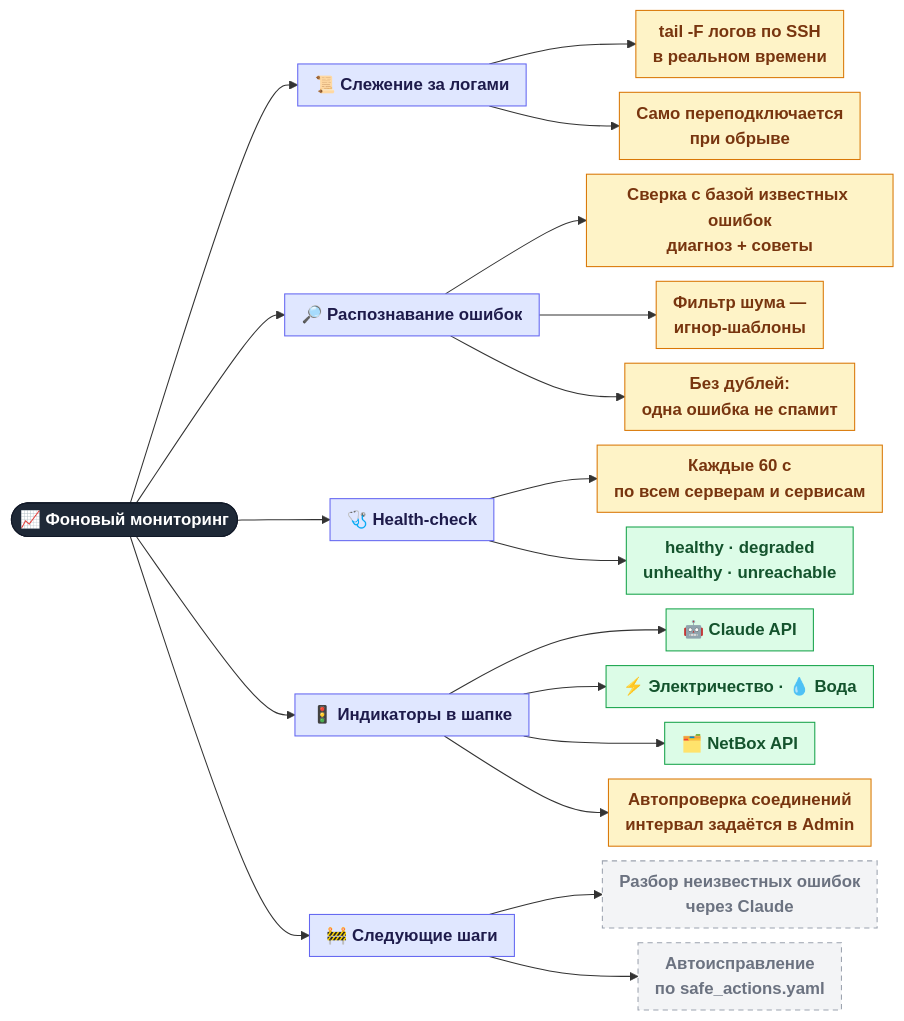
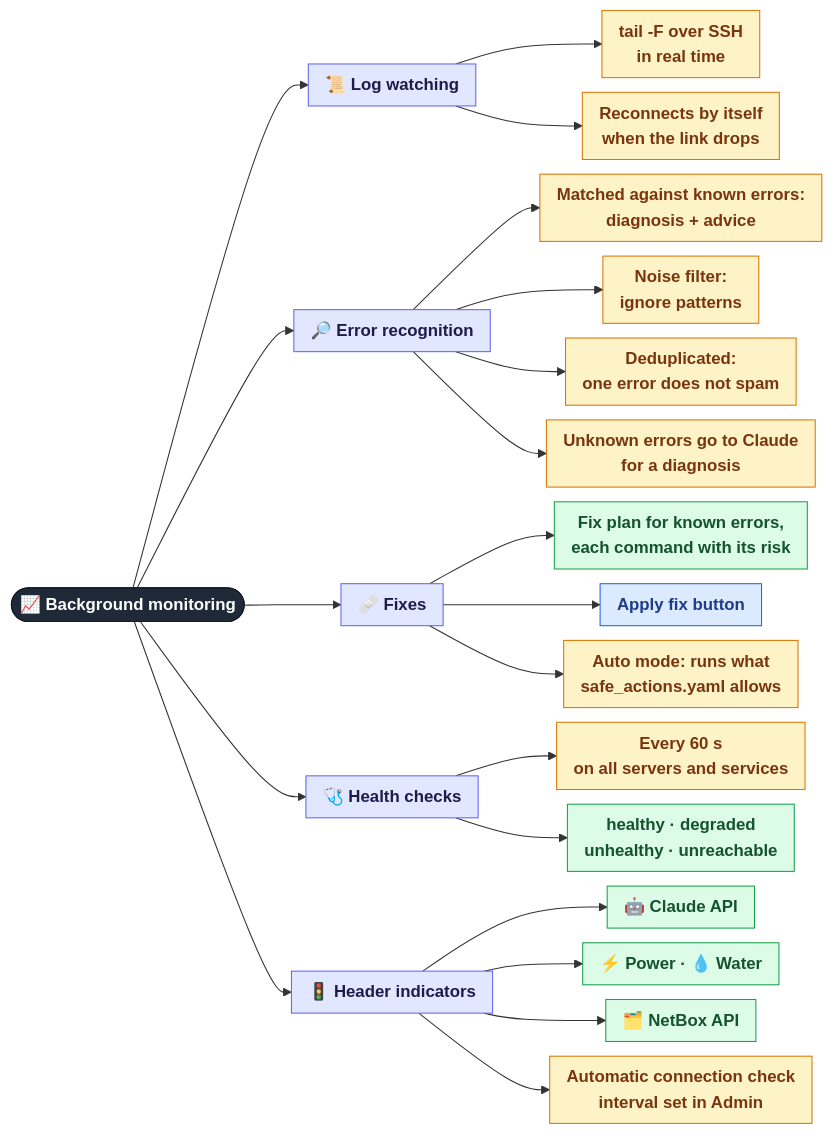
The first of 2 diagrams in docs/features/03-monitoring.md (Madly222/MCPforMonitoring), drawn with Mermaid before and after one commit. The commit also changed other lines of this file and 37 other files, not shown here.

````diff
--- a/docs/features/03-monitoring.md
+++ b/docs/features/03-monitoring.md
@@ -7,34 +7,36 @@
 ```mermaid
 %%{init: {"flowchart": {"nodeSpacing": 14, "rankSpacing": 45, "curve": "basis", "padding": 8, "wrappingWidth": 260}}}%%
 flowchart LR
-    ROOT(["📈 Фоновый мониторинг"]):::root
+    ROOT(["📈 Background monitoring"]):::root
 
-    ROOT --> LOG["📜 Слежение за логами"]:::group
-    LOG --> L1["tail -F логов по SSH<br/>в реальном времени"]:::auto
-    LOG --> L2["Само переподключается<br/>при обрыве"]:::auto
+    ROOT --> LOG["📜 Log watching"]:::group
+    LOG --> L1["tail -F over SSH<br/>in real time"]:::auto
+    LOG --> L2["Reconnects by itself<br/>when the link drops"]:::auto
 
-    ROOT --> ERR["🔎 Распознавание ошибок"]:::group
-    ERR --> E1["Сверка с базой известных ошибок<br/>диагноз + советы"]:::auto
-    ERR --> E2["Фильтр шума —<br/>игнор-шаблоны"]:::auto
-    ERR --> E3["Без дублей:<br/>одна ошибка не спамит"]:::auto
+    ROOT --> ERR["🔎 Error recognition"]:::group
+    ERR --> E1["Matched against known errors:<br/>diagnosis + advice"]:::auto
+    ERR --> E2["Noise filter:<br/>ignore patterns"]:::auto
+    ERR --> E3["Deduplicated:<br/>one error does not spam"]:::auto
+    ERR --> E4["Unknown errors go to Claude<br/>for a diagnosis"]:::auto
 
-    ROOT --> HEALTH["🩺 Health-check"]:::group
-    HEALTH --> H1["Каждые 60 с<br/>по всем серверам и сервисам"]:::auto
+    ROOT --> FIX["🩹 Fixes"]:::group
+    FIX --> F1["Fix plan for known errors,<br/>each command with its risk"]:::all
+    FIX --> F2["Apply fix button"]:::admin
+    FIX --> F3["Auto mode: runs what<br/>safe_actions.yaml allows"]:::auto
+
+    ROOT --> HEALTH["🩺 Health checks"]:::group
+    HEALTH --> H1["Every 60 s<br/>on all servers and services"]:::auto
     HEALTH --> H2["healthy · degraded<br/>unhealthy · unreachable"]:::all
 
-    ROOT --> TOP["🚦 Индикаторы в шапке"]:::group
+    ROOT --> TOP["🚦 Header indicators"]:::group
     TOP --> T1["🤖 Claude API"]:::all
-    TOP --> T2["⚡ Электричество · 💧 Вода"]:::all
+    TOP --> T2["⚡ Power · 💧 Water"]:::all
     TOP --> T3["🗂️ NetBox API"]:::all
-    TOP --> T4["Автопроверка соединений<br/>интервал задаётся в Admin"]:::auto
-
-    ROOT --> NEXT["🚧 Следующие шаги"]:::group
-    NEXT --> N1["Разбор неизвестных ошибок<br/>через Claude"]:::plan
-    NEXT --> N2["Автоисправление<br/>по safe_actions.yaml"]:::plan
+    TOP --> T4["Automatic connection check<br/>interval set in Admin"]:::auto
 
     classDef root  fill:#1f2937,stroke:#111827,color:#ffffff,font-weight:bold
     classDef group fill:#e0e7ff,stroke:#6366f1,color:#1e1b4b,font-weight:bold
     classDef all   fill:#dcfce7,stroke:#16a34a,color:#14532d
+    classDef admin fill:#dbeafe,stroke:#2563eb,color:#1e3a8a
     classDef auto  fill:#fef3c7,stroke:#d97706,color:#78350f
-    classDef plan  fill:#f3f4f6,stroke:#9ca3af,color:#6b7280,stroke-dasharray:5 4
 ```
````
